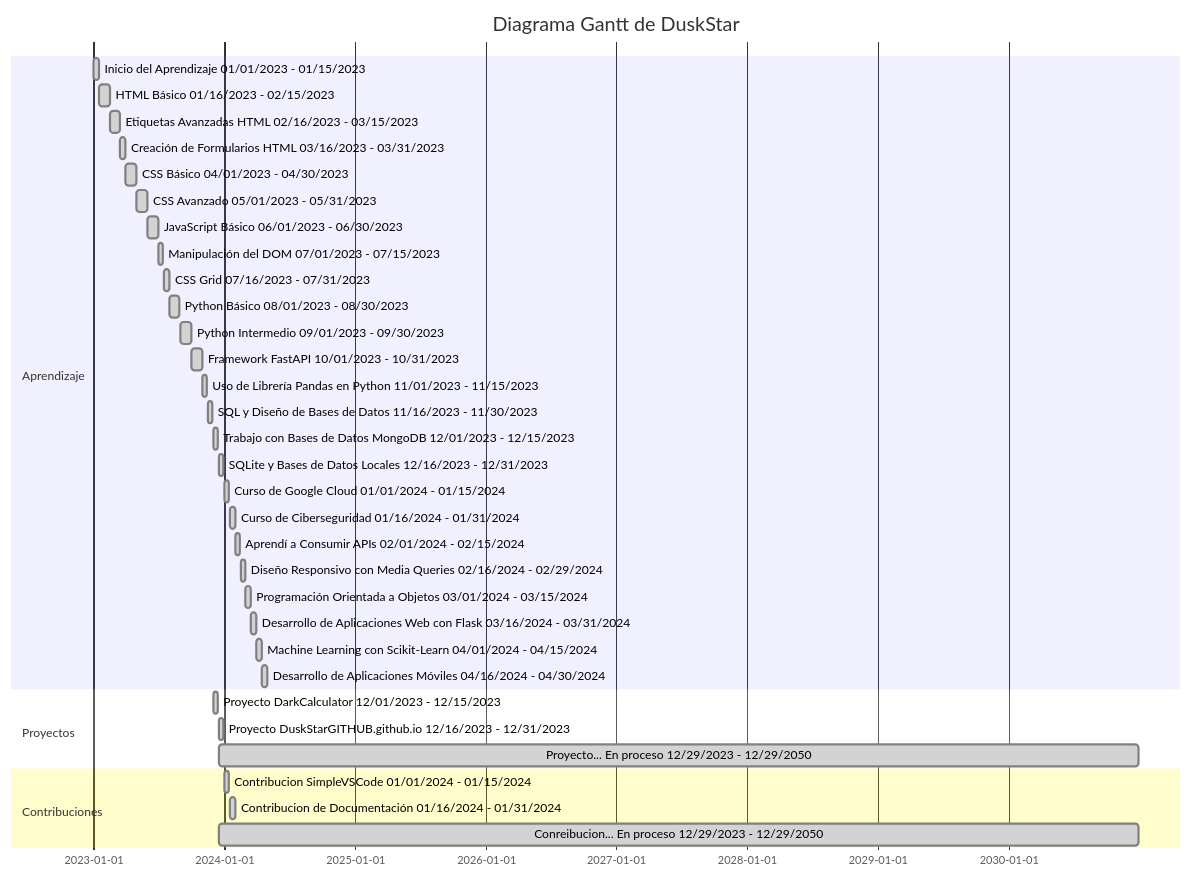
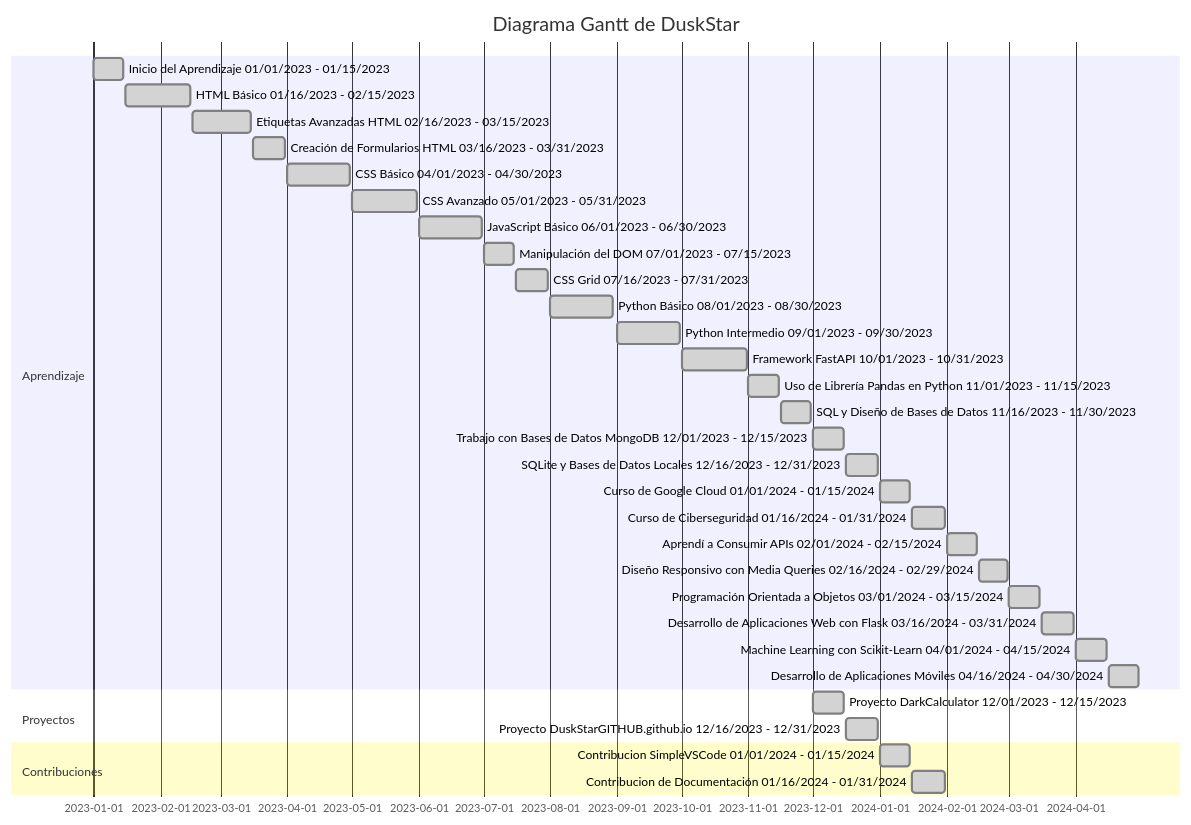
Before and after one commit to DuskStarGITHUB/DuskStarGITHUB: the diagram in README.md, drawn with Mermaid. The commit also changed other lines of this file, not shown here.

````diff
--- a/README.md
+++ b/README.md
@@ -114,42 +108,40 @@
 ```mermaid
 gantt
 	dateFormat MM/DD/YYYY
 	title Diagrama Gantt de DuskStar
 
 	section Aprendizaje
 		Inicio del Aprendizaje 01/01/2023 - 01/15/2023 :done, start1, 01/01/2023, 01/15/2023
         	HTML Básico 01/16/2023 - 02/15/2023 :done, html1, 01/16/2023, 02/15/2023
         	Etiquetas Avanzadas HTML 02/16/2023 - 03/15/2023 :done, html2, 02/16/2023, 03/15/2023
         	Creación de Formularios HTML 03/16/2023 - 03/31/2023 :done, html3, 03/16/2023, 03/31/2023
         	CSS Básico 04/01/2023 - 04/30/2023 :done, css1, 04/01/2023, 04/30/2023
         	CSS Avanzado 05/01/2023 - 05/31/2023 :done, css2, 05/01/2023, 05/31/2023
         	JavaScript Básico 06/01/2023 - 06/30/2023 :done, js1, 06/01/2023, 06/30/2023
         	Manipulación del DOM 07/01/2023 - 07/15/2023 :done, js2, 07/01/2023, 07/15/2023
         	CSS Grid 07/16/2023 - 07/31/2023 :done, css3, 07/16/2023, 07/31/2023
         	Python Básico 08/01/2023 - 08/30/2023 :done, python1, 08/01/2023, 08/30/2023
         	Python Intermedio 09/01/2023 - 09/30/2023 :done, python2, 09/01/2023, 09/30/2023
         	Framework FastAPI 10/01/2023 - 10/31/2023 :done, fastapi1, 10/01/2023, 10/31/2023
         	Uso de Librería Pandas en Python 11/01/2023 - 11/15/2023 :done, python3, 11/01/2023, 11/15/2023
         	SQL y Diseño de Bases de Datos 11/16/2023 - 11/30/2023 :done, sql1, 11/16/2023, 11/30/2023
         	Trabajo con Bases de Datos MongoDB 12/01/2023 - 12/15/2023 :done, mongodb1, 12/01/2023, 12/15/2023
         	SQLite y Bases de Datos Locales 12/16/2023 - 12/31/2023 :done, sqlite1, 12/16/2023, 12/31/2023
         	Curso de Google Cloud 01/01/2024 - 01/15/2024 :done, cloud1, 01/01/2024, 01/15/2024
         	Curso de Ciberseguridad 01/16/2024 - 01/31/2024 :done, cibersec1, 01/16/2024, 01/31/2024
         	Aprendí a Consumir APIs 02/01/2024 - 02/15/2024 :done, api1, 02/01/2024, 02/15/2024
 		Diseño Responsivo con Media Queries 02/16/2024 - 02/29/2024 :done, media1, 02/16/2024, 02/29/2024
         	Programación Orientada a Objetos 03/01/2024 - 03/15/2024 :done, oop1, 03/01/2024, 03/15/2024
 		Desarrollo de Aplicaciones Web con Flask 03/16/2024 - 03/31/2024 :done, flask1, 03/16/2024, 03/31/2024
         	Machine Learning con Scikit-Learn 04/01/2024 - 04/15/2024 :done, ml1, 04/01/2024, 04/15/2024
         	Desarrollo de Aplicaciones Móviles 04/16/2024 - 04/30/2024 :done, mobile1, 04/16/2024, 04/30/2024
 
 	section Proyectos
 		Proyecto DarkCalculator 12/01/2023 - 12/15/2023 :done, proyecto1, 12/01/2023, 12/15/2023
 		Proyecto DuskStarGITHUB.github.io 12/16/2023 - 12/31/2023 :done, proyecto2, 12/16/2023, 12/31/2023
-		Proyecto... En proceso 12/29/2023 - 12/29/2050 : done, proyecto3, 12/17/2023, 12/29/2030  
 
 	section Contribuciones
 		Contribucion SimpleVSCode 01/01/2024 - 01/15/2024 :done, contribucion1, 01/01/2024, 01/15/2024
 		Contribucion de Documentación 01/16/2024 - 01/31/2024 :done, contribucion2, 01/16/2024, 01/31/2024
-		Conreibucion... En proceso 12/29/2023 - 12/29/2050 : done, contribucion3, 12/17/2023, 12/29/2030  
 
 ```
````
